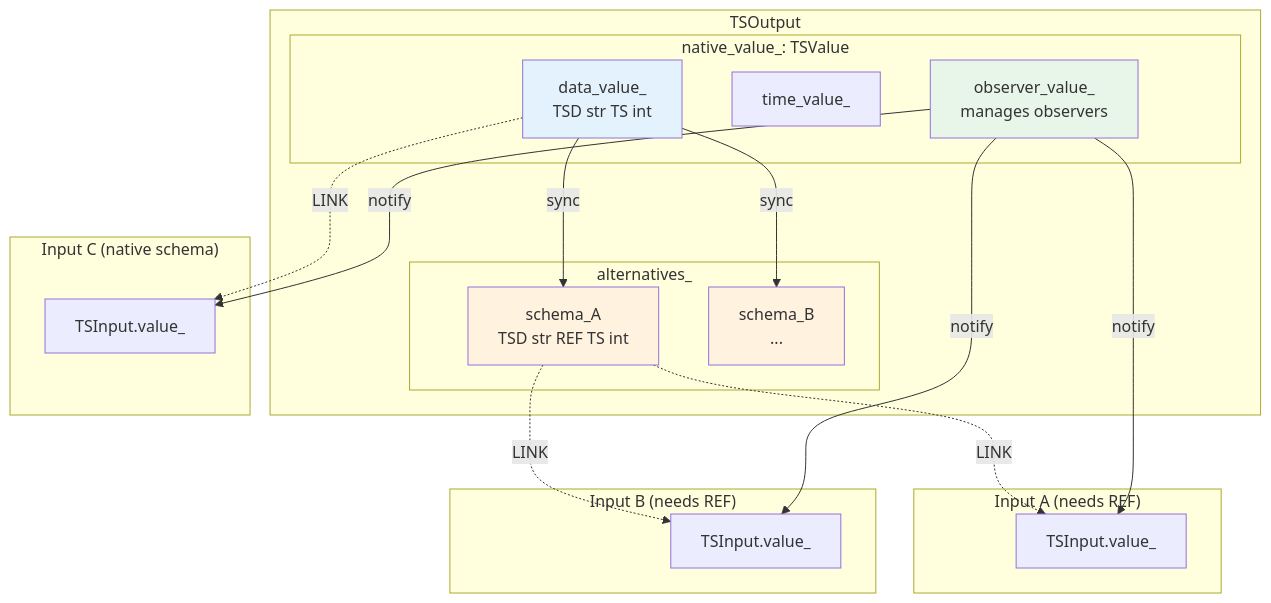
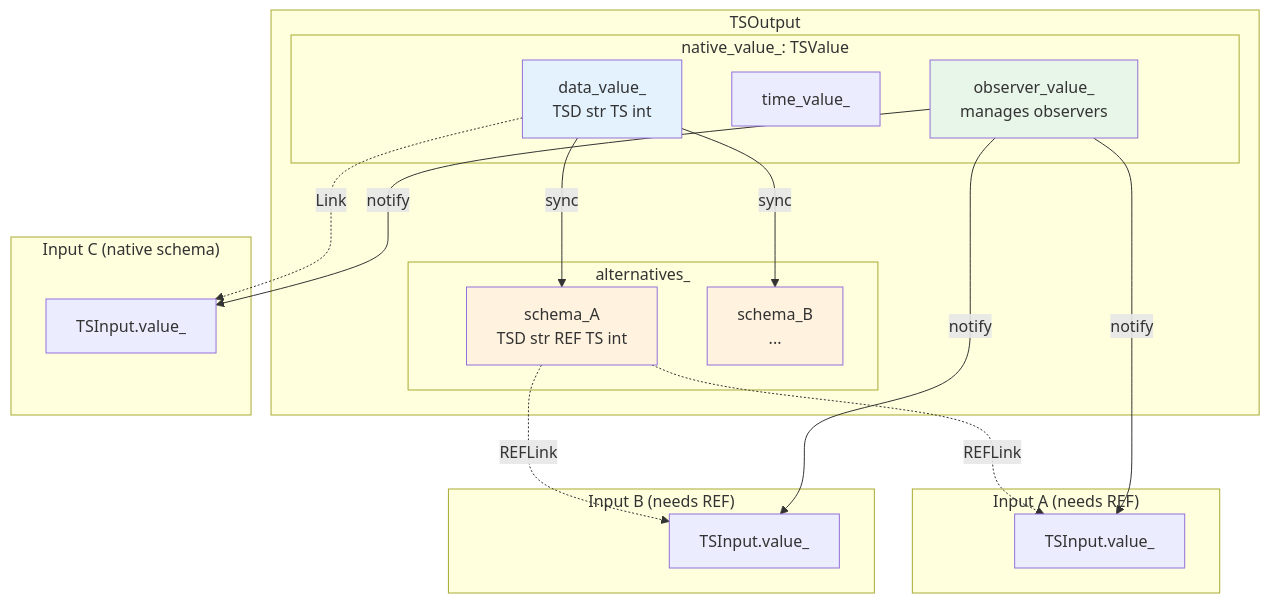
One commit to hhenson/hgraph changed the third of 8 diagrams in ts_value_v2601/user_guide/05_TSOUTPUT_TSINPUT.md. Above: the diagram before and after it, drawn with Mermaid. The commit also changed other lines of this file, not shown here.

````diff
--- a/ts_value_v2601/user_guide/05_TSOUTPUT_TSINPUT.md
+++ b/ts_value_v2601/user_guide/05_TSOUTPUT_TSINPUT.md
@@ -566,41 +965,41 @@
 ```mermaid
 flowchart TD
     subgraph TSOutput
         subgraph "native_value_: TSValue"
             NV_DATA[data_value_<br/>TSD str TS int]
             NV_TIME[time_value_]
             NV_OBS[observer_value_<br/>manages observers]
         end
         subgraph "alternatives_"
             A1[schema_A<br/>TSD str REF TS int]
             A2[schema_B<br/>...]
         end
     end
 
     subgraph "Input A (needs REF)"
         IA[TSInput.value_]
     end
 
     subgraph "Input B (needs REF)"
         IB[TSInput.value_]
     end
 
     subgraph "Input C (native schema)"
         IC[TSInput.value_]
     end
 
     NV_DATA -->|sync| A1
     NV_DATA -->|sync| A2
-    A1 -.->|LINK| IA
-    A1 -.->|LINK| IB
-    NV_DATA -.->|LINK| IC
+    A1 -.->|REFLink| IA
+    A1 -.->|REFLink| IB
+    NV_DATA -.->|Link| IC
 
     NV_OBS -->|notify| IA
     NV_OBS -->|notify| IB
     NV_OBS -->|notify| IC
 
     style NV_DATA fill:#e3f2fd
     style NV_OBS fill:#e8f5e9
     style A1 fill:#fff3e0
     style A2 fill:#fff3e0
 ```
````
